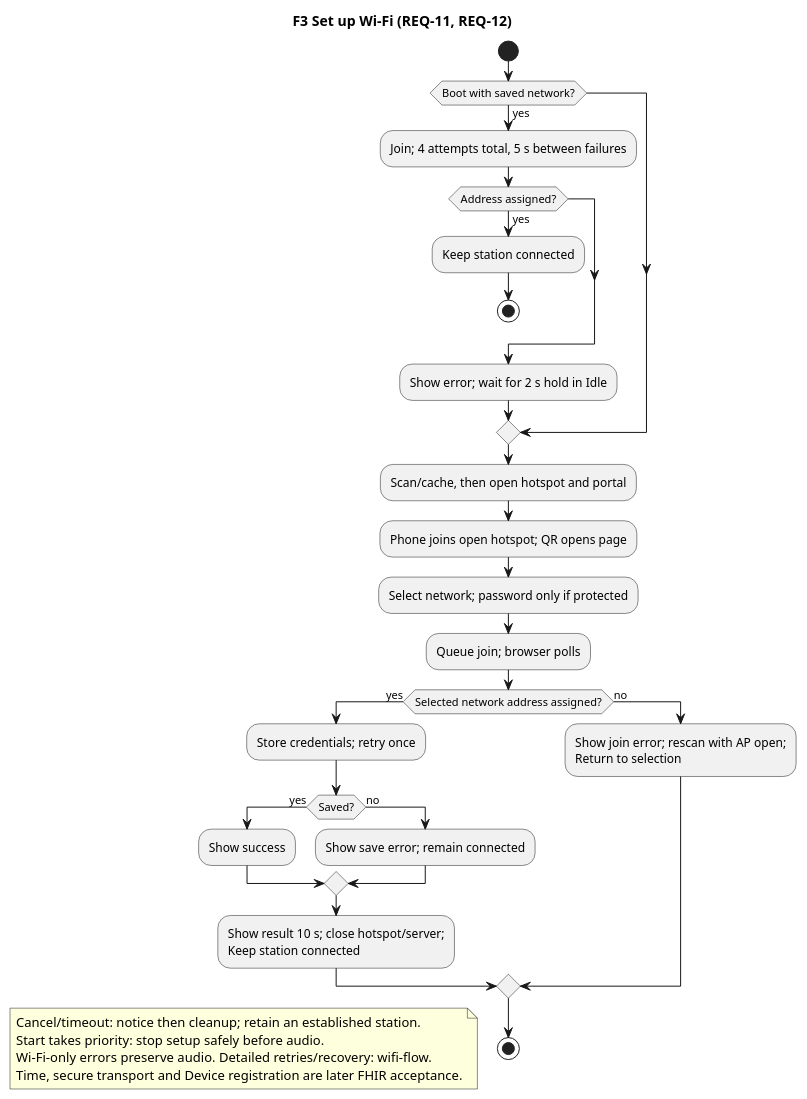
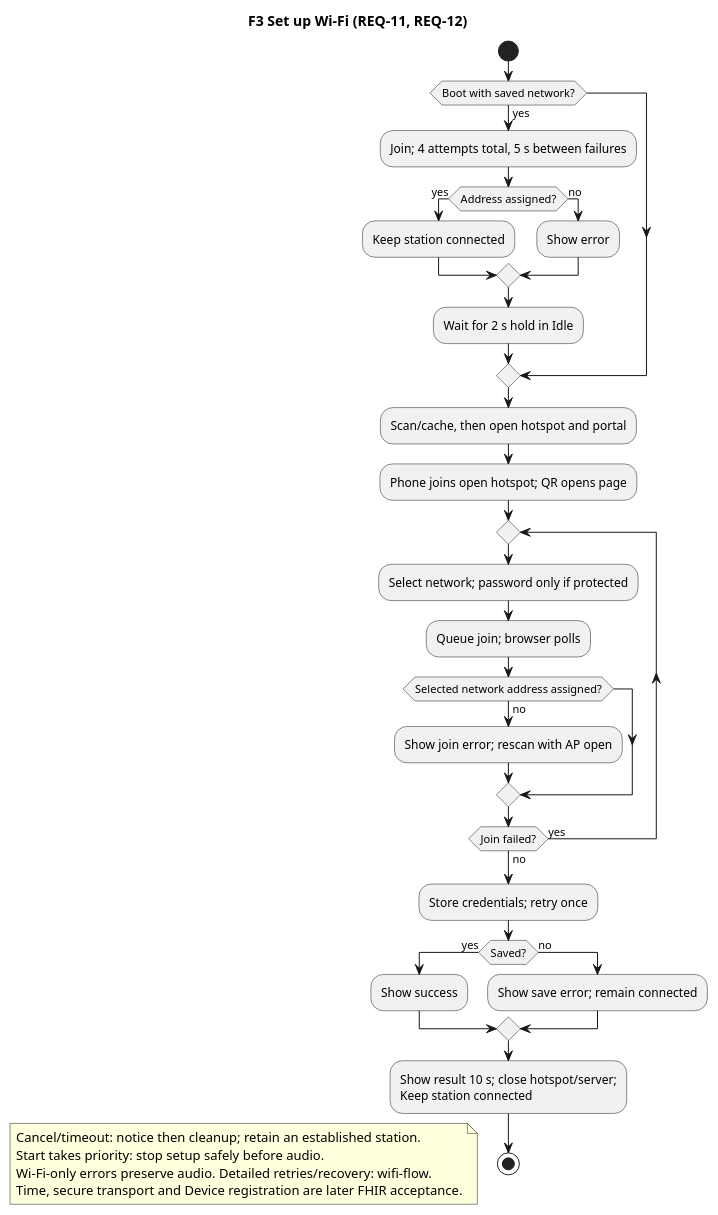
The diagram in Development/system/requirements/use-cases/uc-03-set-up-wifi.puml (DemonicPsychoII/DigitalStethoscope), drawn with PlantUML before and after one commit. The commit also changed 1 other file, not shown here.

```diff
--- a/Development/system/requirements/use-cases/uc-03-set-up-wifi.puml
+++ b/Development/system/requirements/use-cases/uc-03-set-up-wifi.puml
@@ -1,36 +1,38 @@
 @startuml uc_03_set_up_wifi
 skinparam shadowing false
 skinparam defaultFontName SansSerif
 title F3 Set up Wi-Fi (REQ-11, REQ-12)
 start
 if (Boot with saved network?) then (yes)
  :Join; 4 attempts total, 5 s between failures;
  if (Address assigned?) then (yes)
   :Keep station connected;
-  stop
+ else (no)
+  :Show error;
  endif
- :Show error; wait for 2 s hold in Idle;
+ :Wait for 2 s hold in Idle;
 endif
 :Scan/cache, then open hotspot and portal;
 :Phone joins open hotspot; QR opens page;
+repeat
 :Select network; password only if protected;
 :Queue join; browser polls;
-if (Selected network address assigned?) then (yes)
+if (Selected network address assigned?) then (no)
+ :Show join error; rescan with AP open;
+endif
+repeat while (Join failed?) is (yes) not (no)
  :Store credentials; retry once;
  if (Saved?) then (yes)
   :Show success;
  else (no)
   :Show save error; remain connected;
  endif
  :Show result 10 s; close hotspot/server;\nKeep station connected;
-else (no)
- :Show join error; rescan with AP open;\nReturn to selection;
-endif
 stop
 floating note
  Cancel/timeout: notice then cleanup; retain an established station.
  Start takes priority: stop setup safely before audio.
  Wi-Fi-only errors preserve audio. Detailed retries/recovery: wifi-flow.
  Time, secure transport and Device registration are later FHIR acceptance.
 end note
 @enduml
```
